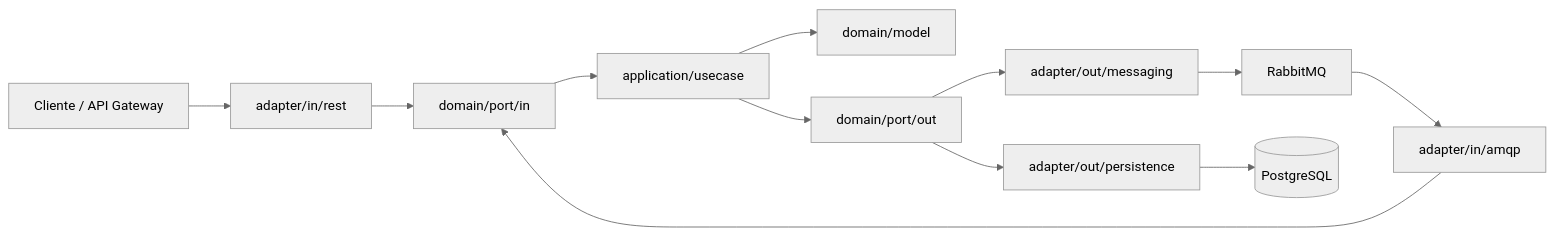
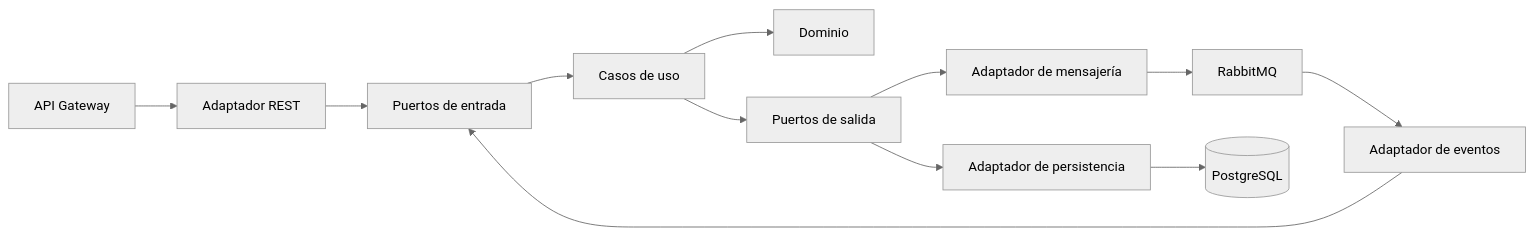
Before and after one commit to StyleRadar1/RST-ItemCatalog-Service: the diagram in README.md, drawn with Mermaid (neutral theme). The commit also changed other lines of this file, not shown here.

````diff
--- a/README.md
+++ b/README.md
@@ -26,14 +24,14 @@
 ```mermaid
 flowchart LR
-    C[Cliente / API Gateway] --> R[adapter/in/rest]
-    B[RabbitMQ] --> A[adapter/in/amqp]
-    R --> PI[domain/port/in]
+    C[API Gateway] --> R[Adaptador REST]
+    B[RabbitMQ] --> A[Adaptador de eventos]
+    R --> PI[Puertos de entrada]
     A --> PI
-    PI --> UC[application/usecase]
-    UC --> D[domain/model]
-    UC --> PO[domain/port/out]
-    PO --> PE[adapter/out/persistence]
-    PO --> ME[adapter/out/messaging]
+    PI --> UC[Casos de uso]
+    UC --> D[Dominio]
+    UC --> PO[Puertos de salida]
+    PO --> PE[Adaptador de persistencia]
+    PO --> ME[Adaptador de mensajería]
     PE --> DB[(PostgreSQL)]
     ME --> B
 ```
````
